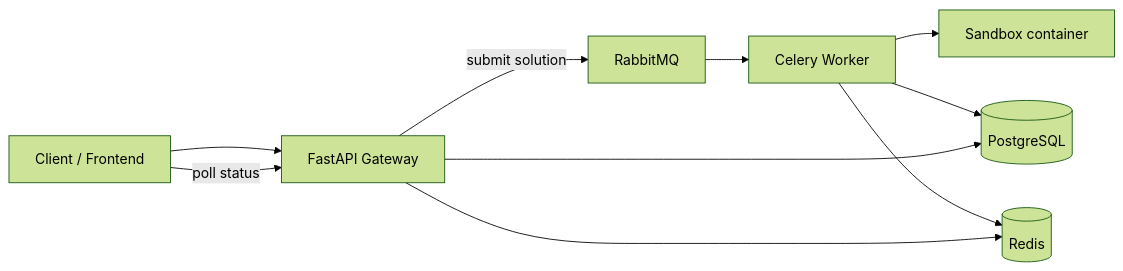
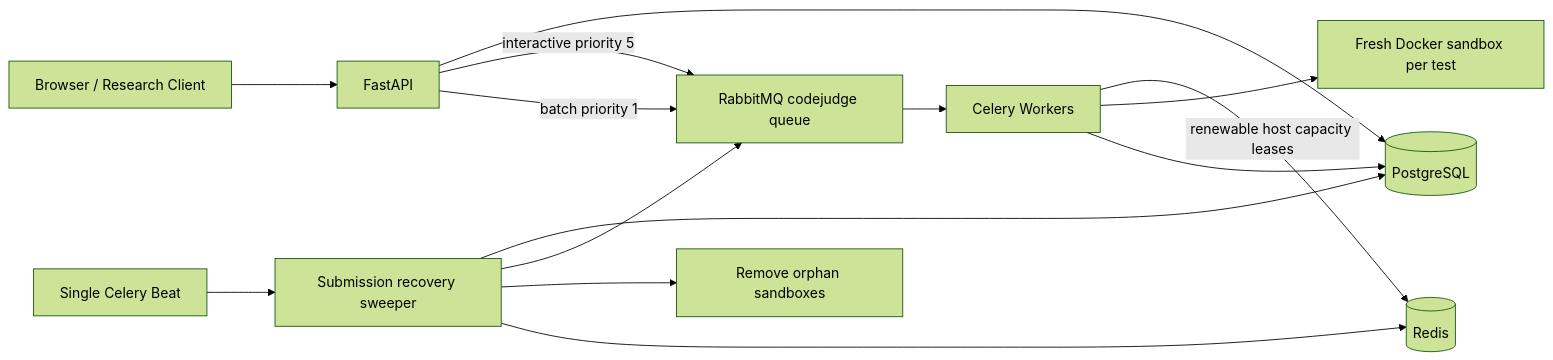
One commit to theabhishekkk/CodeJudge changed the diagram in docs/ARCHITECTURE.md. Above: the diagram before and after it, drawn with Mermaid (forest theme). The commit also changed other lines of this file and 5 other files, not shown here.

````diff
--- a/docs/ARCHITECTURE.md
+++ b/docs/ARCHITECTURE.md
@@ -3,12 +3,16 @@
 ```mermaid
 flowchart LR
-    Client[Client / Frontend] --> API[FastAPI Gateway]
-    API -->|submit solution| Broker[RabbitMQ]
-    Broker --> Worker[Celery Worker]
-    Worker --> Docker[Sandbox container]
-    Worker --> DB[(PostgreSQL)]
-    Worker --> Redis[(Redis)]
-    API --> DB
-    API --> Redis
-    Client -->|poll status| API
+    Client[Browser / Research Client] --> API[FastAPI]
+    API --> DB[(PostgreSQL)]
+    API -->|interactive priority 5| Broker[RabbitMQ codejudge queue]
+    API -->|batch priority 1| Broker
+    Broker --> Worker[Celery Workers]
+    Worker -->|renewable host capacity leases| Redis[(Redis)]
+    Worker --> Sandbox[Fresh Docker sandbox per test]
+    Worker --> DB
+    Beat[Single Celery Beat] --> Sweeper[Submission recovery sweeper]
+    Sweeper --> DB
+    Sweeper --> Broker
+    Sweeper --> Docker[Remove orphan sandboxes]
+    Sweeper --> Redis
 ```
````
